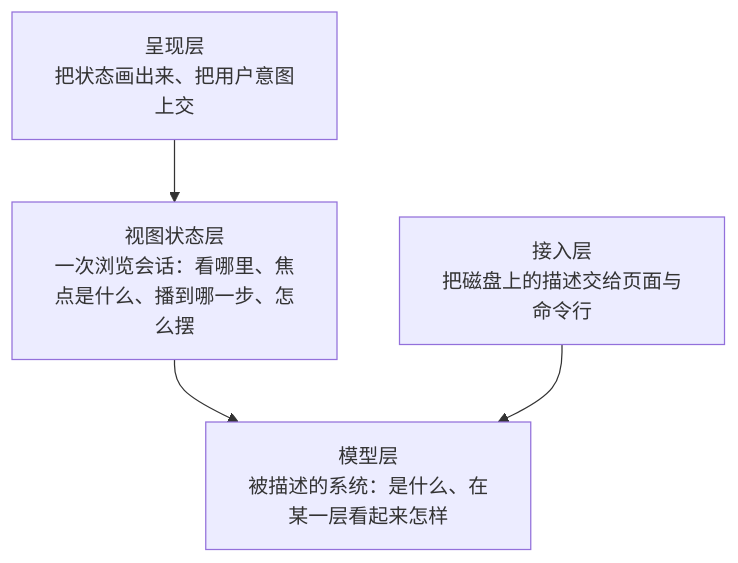
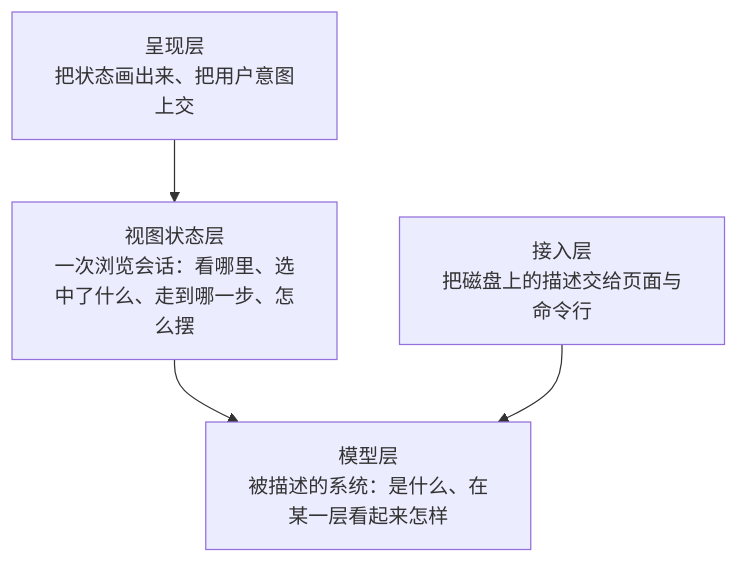
One commit to bulengjianghu/archdeck changed the diagram in docs/03-architecture.md. Above: the diagram before and after it, drawn with Mermaid. The commit also changed other lines of this file and 12 other files, not shown here.

````diff
--- a/docs/03-architecture.md
+++ b/docs/03-architecture.md
@@ -22,9 +22,9 @@
 ```mermaid
 flowchart TB
     P["呈现层<br/>把状态画出来、把用户意图上交"]
-    S["视图状态层<br/>一次浏览会话：看哪里、焦点是什么、播到哪一步、怎么摆"]
+    S["视图状态层<br/>一次浏览会话：看哪里、选中了什么、走到哪一步、怎么摆"]
     M["模型层<br/>被描述的系统：是什么、在某一层看起来怎样"]
     A["接入层<br/>把磁盘上的描述交给页面与命令行"]
     P --> S --> M
     A --> M
 ```
````
